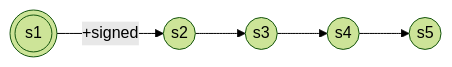
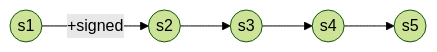
The second of 3 diagrams in app/pages/docs/modality/fixed-point-operators/index.md (dotcontract/www-dotcontract-org), drawn with Mermaid (forest theme) before and after one commit. The commit also changed other lines of this file and 3 other files, not shown here.

````diff
--- a/app/pages/docs/modality/fixed-point-operators/index.md
+++ b/app/pages/docs/modality/fixed-point-operators/index.md
@@ -24,7 +24,7 @@
 ```mermaid
 flowchart LR
-    s1(((s1))) -->|+signed| s2((s2))
+    s1((s1)) -->|+signed| s2((s2))
     s2((s2)) -->| | s3((s3))
     s3((s3)) -->| | s4((s4))
     s4((s4)) -->| | s5((s5))
 ```
````
